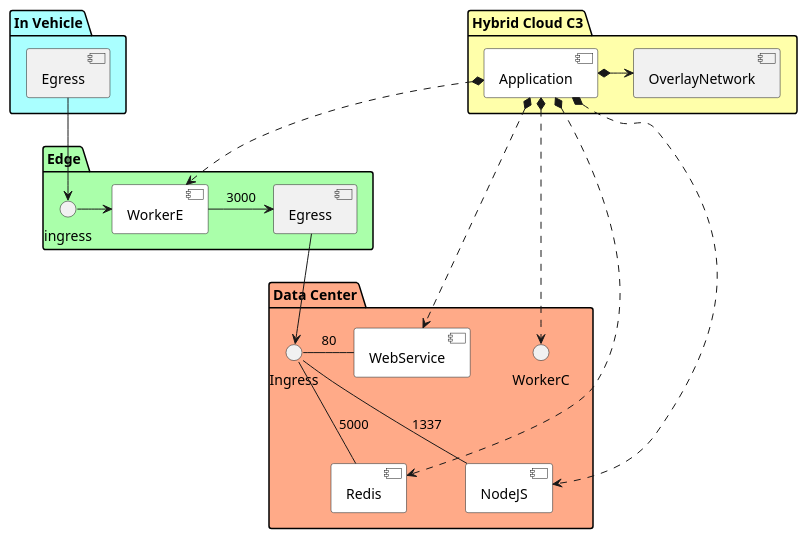
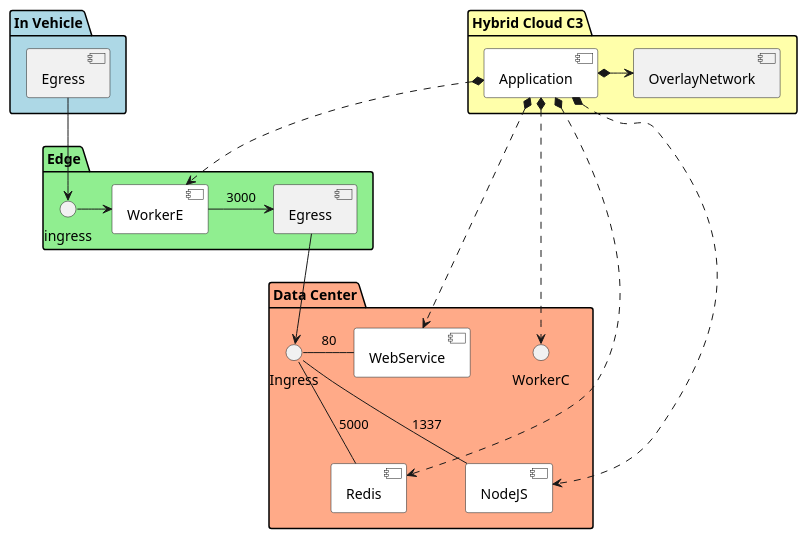
One commit to CAADE/ADC changed the diagram in docs/UseCases/Manage-Applications/Complex-Application-DC-Edge.puml. Above: the diagram before and after it, drawn with PlantUML. The commit also changed 374 other files, not shown here.

```diff
--- a/docs/UseCases/Manage-Applications/Complex-Application-DC-Edge.puml
+++ b/docs/UseCases/Manage-Applications/Complex-Application-DC-Edge.puml
@@ -1,38 +1,38 @@
 @startuml
 
 package "Hybrid Cloud C3" #ffffaa {
   component Application #ffffff
   component OverlayNetwork
   Application *-> OverlayNetwork
 }
-package "In Vehicle" #aaffff {
+package "In Vehicle" #lightblue {
   component Egress as IVE
 }
-package "Edge" #aaffaa {
+package "Edge" #lightgreen {
   interface ingress as EVI
   component Egress as EVE
   component WorkerE #ffffff
   EVI ->  WorkerE
   WorkerE -> EVE : 3000
 }
 
 package "Data Center" #ffaa88{
   interface Ingress as DCI
   component WebService #ffffff
   component Redis #ffffff
   component NodeJS #ffffff
   Application *..> WebService
   Application *..> Redis
   Application *..> NodeJS
   Application *..> WorkerC
   Application *..> WorkerE
   DCI - WebService : 80
 
   DCI -- Redis : 5000
   DCI -- NodeJS : 1337
 }
 
 IVE --> EVI
 EVE --> DCI
 
 @enduml
```
